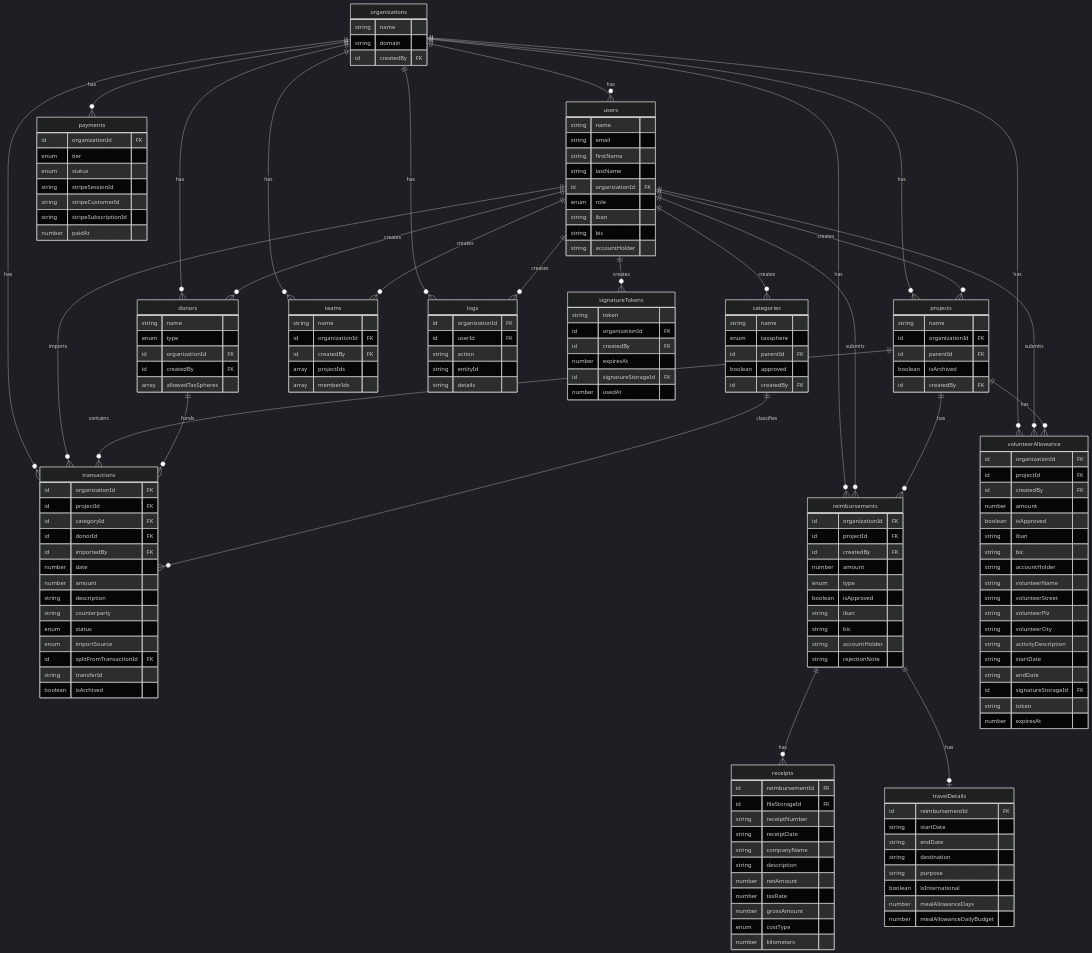
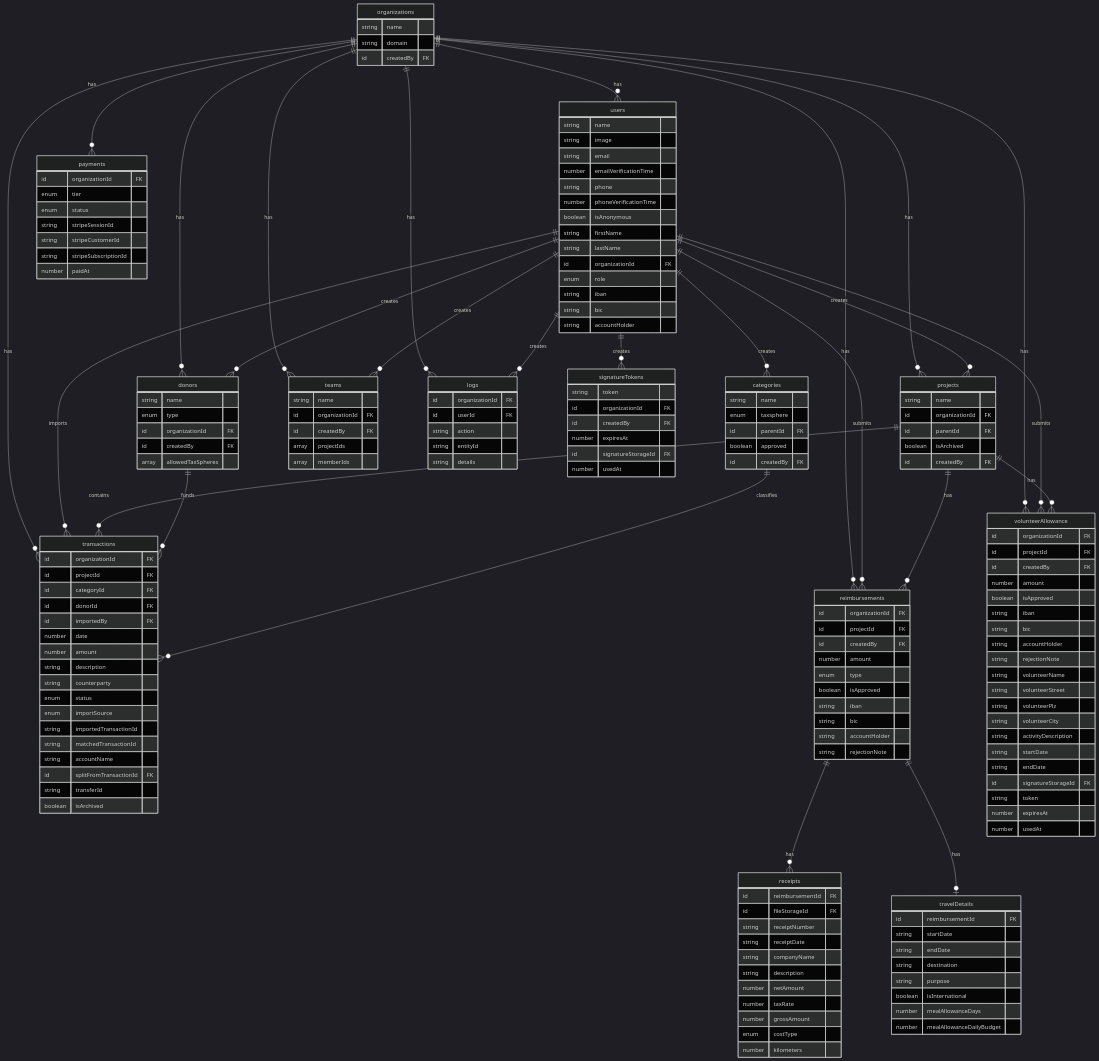
One commit to yfndev/ybudget changed the diagram in docs/schema.md. Above: the diagram before and after it, drawn with Mermaid (dark theme). The commit also changed 1 other file, not shown here.

```diff
--- a/docs/schema.md
+++ b/docs/schema.md
@@ -10,7 +10,12 @@
 
     users {
         string name
+        string image
         string email
+        number emailVerificationTime
+        string phone
+        number phoneVerificationTime
+        boolean isAnonymous
         string firstName
         string lastName
         id organizationId FK
@@ -40,6 +45,9 @@
         string counterparty
         enum status
         enum importSource
+        string importedTransactionId
+        string matchedTransactionId
+        string accountName
         id splitFromTransactionId FK
         string transferId
         boolean isArchived
@@ -134,6 +142,7 @@
         string iban
         string bic
         string accountHolder
+        string rejectionNote
         string volunteerName
         string volunteerStreet
         string volunteerPlz
@@ -144,6 +153,7 @@
         id signatureStorageId FK
         string token
         number expiresAt
+        number usedAt
     }
 
     signatureTokens {
```
